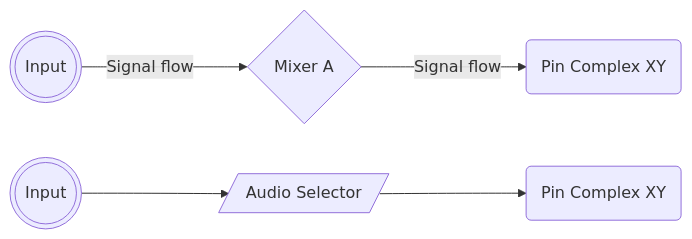
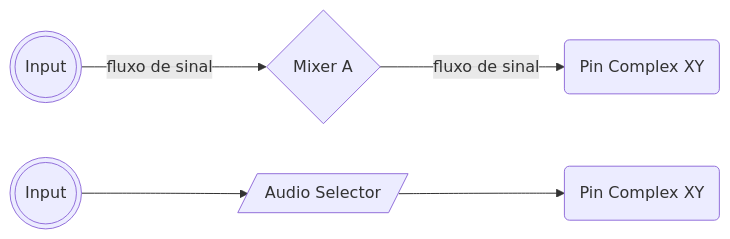
The first of 8 diagrams in AppleALC_Layout-ID/README.md (gabrielfelipedy/AppleALC-Tutoriais), drawn with Mermaid before and after one commit. The commit also changed other lines of this file, not shown here.

````diff
--- a/AppleALC_Layout-ID/README.md
+++ b/AppleALC_Layout-ID/README.md
@@ -195,5 +200,5 @@
 	```mermaid
 	flowchart LR
-		id1(((Input))) -->|Signal flow|id2{Mixer A} -->|Signal flow|id3(Pin Complex XY)
+		id1(((Input))) -->|fluxo de sinal|id2{Mixer A} -->|fluxo de sinal|id3(Pin Complex XY)
 		id4(((Input))) -->id5[/Audio Selector/]-->id6(Pin Complex XY)
 	```
````
